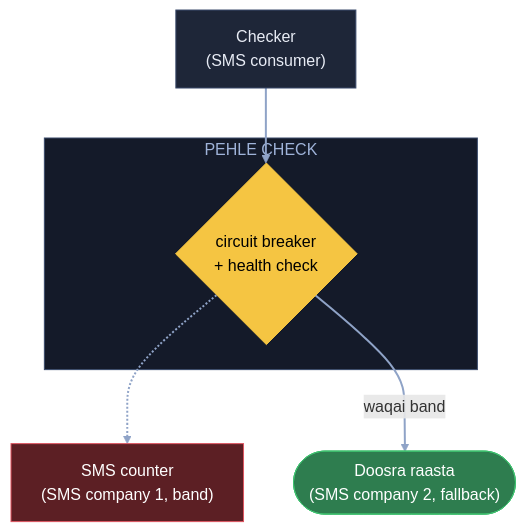
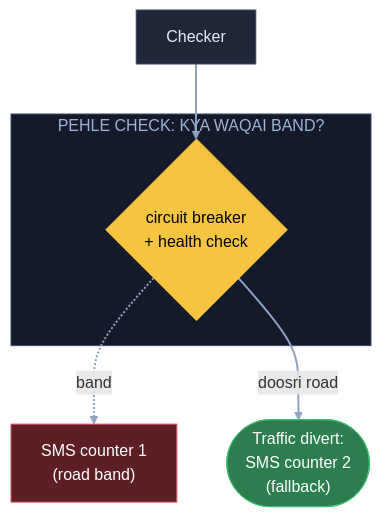
The ninth of 10 diagrams in 04_HLD/SYSTEM_DESIGNS/12_message_queue_kafka/12_message_queue_kafka.md (ArpanMaheshwari144/Prep), drawn with Mermaid before and after one commit. The commit also changed other lines of this file, not shown here.

Commit message:
Kafka: 10 diagram stadium kahani (hand notes) se; runner / order cancel / min.insync / 5000 fan jaisi apni jodi baatein hatai, K6 pehli soch wapas

````diff
--- a/04_HLD/SYSTEM_DESIGNS/12_message_queue_kafka/12_message_queue_kafka.md
+++ b/04_HLD/SYSTEM_DESIGNS/12_message_queue_kafka/12_message_queue_kafka.md
@@ -288,18 +308,18 @@
 ```mermaid
 flowchart TB
-    C["Checker<br/>(SMS consumer)"]:::card
-    subgraph PC["PEHLE CHECK"]
+    C["Checker"]:::card
+    subgraph PC["PEHLE CHECK: KYA WAQAI BAND?"]
         CB{"circuit breaker<br/>+ health check"}:::pill
     end
-    S1["SMS counter<br/>(SMS company 1, band)"]:::bad
-    S2(["Doosra raasta<br/>(SMS company 2, fallback)"]):::good
+    S1["SMS counter 1<br/>(road band)"]:::bad
+    S2(["Traffic divert:<br/>SMS counter 2<br/>(fallback)"]):::good
     C --> CB
-    CB -.-> S1
-    CB -- "waqai band" --> S2
+    CB -. "band" .-> S1
+    CB -- "doosri road" --> S2
     linkStyle default stroke:#8fa3c7,stroke-width:2px
     classDef card fill:#1e2638,stroke:#3a4a6b,color:#e8ecf5
     classDef pill fill:#f5c542,stroke:#f5c542,color:#000
     classDef good fill:#2e7d4f,stroke:#3fbf6f,color:#fff
     classDef bad fill:#5c1f24,stroke:#e05561,color:#fff
     style PC fill:#141a29,stroke:#3a4a6b,color:#9fb3d9
 ```
````
